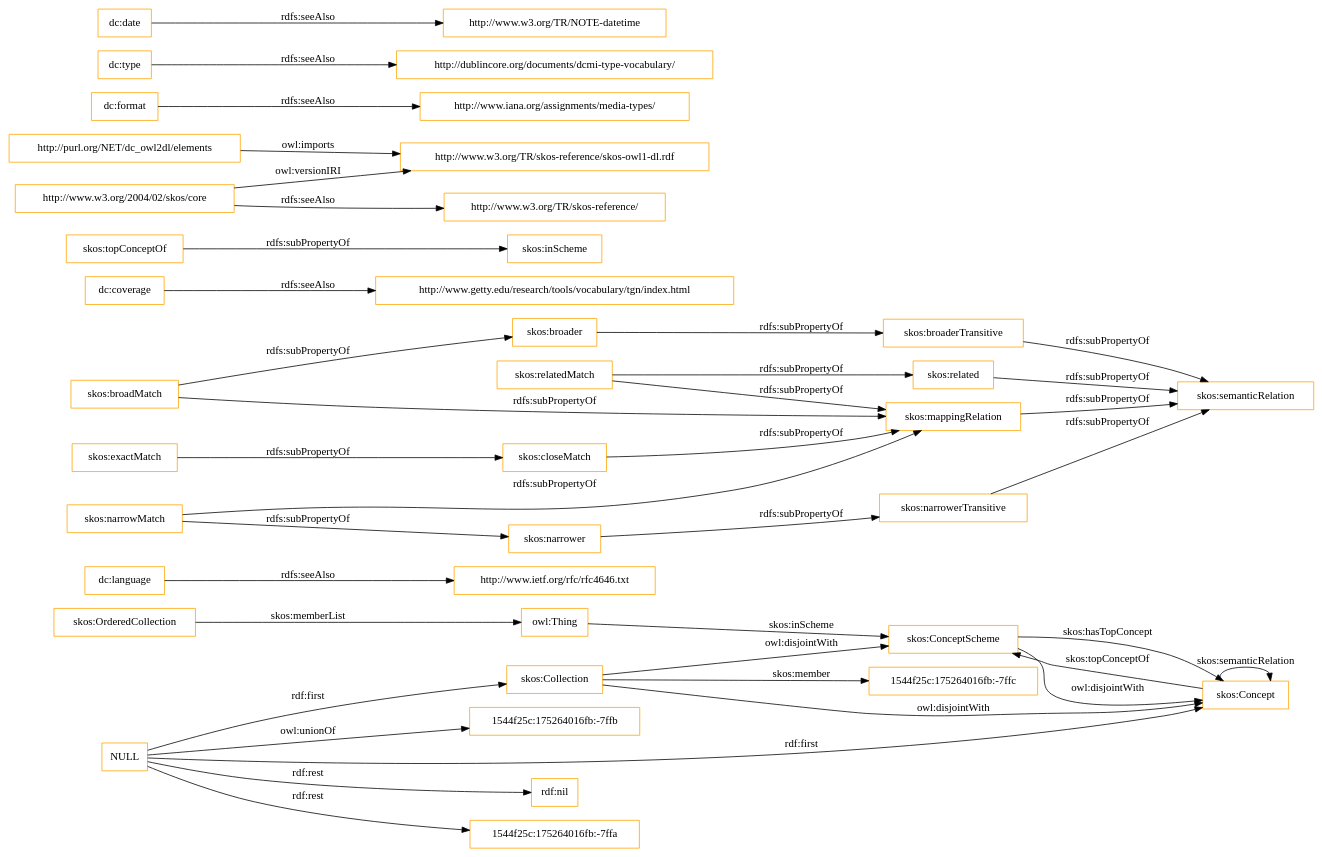
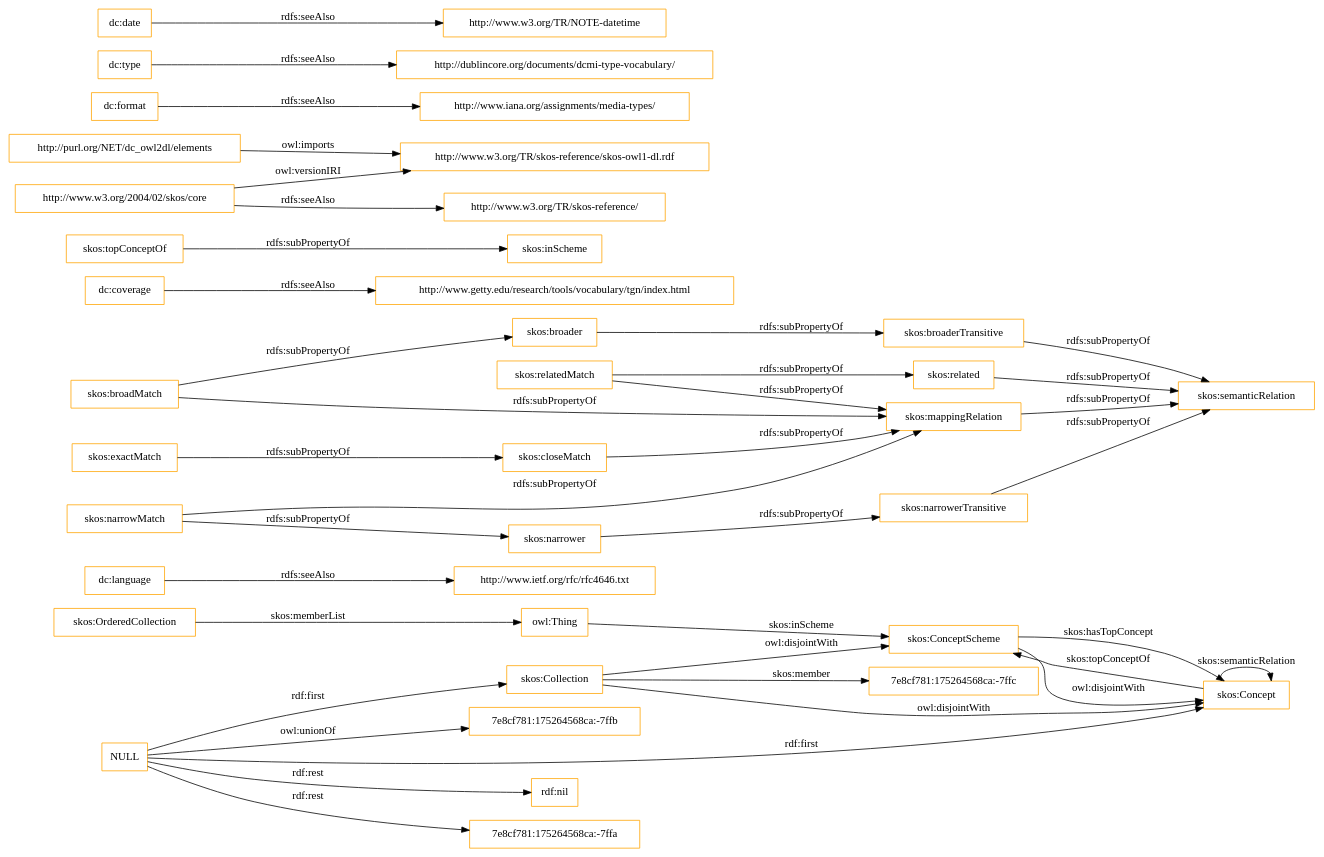
One commit to OnToologyUser/core-ontology-1 changed the diagram in OnToology/imports/elements.owl/diagrams/ar2dtool-class/elements.owl.png.dot. Above: the diagram before and after it, drawn with Graphviz. The commit also changed 14 other files, not shown here.

```diff
--- a/OnToology/imports/elements.owl/diagrams/ar2dtool-class/elements.owl.png.dot
+++ b/OnToology/imports/elements.owl/diagrams/ar2dtool-class/elements.owl.png.dot
@@ -1,43 +1,43 @@
 digraph ar2dtool_diagram { 
 rankdir=LR;
 size="1501"
-node [shape = rectangle, color="orange"]; "1544f25c:175264016fb:-7ffc" "skos:OrderedCollection" "skos:Collection" "skos:ConceptScheme" "skos:Concept" ; /*classes style*/
+node [shape = rectangle, color="orange"]; "7e8cf781:175264568ca:-7ffc" "skos:OrderedCollection" "skos:Collection" "skos:ConceptScheme" "skos:Concept" ; /*classes style*/
 	"dc:language" -> "http://www.ietf.org/rfc/rfc4646.txt" [ label = "rdfs:seeAlso" ];
 	"NULL" -> "rdf:nil" [ label = "rdf:rest" ];
 	"NULL" -> "skos:Collection" [ label = "rdf:first" ];
-	"NULL" -> "1544f25c:175264016fb:-7ffa" [ label = "rdf:rest" ];
+	"NULL" -> "7e8cf781:175264568ca:-7ffa" [ label = "rdf:rest" ];
 	"NULL" -> "skos:Concept" [ label = "rdf:first" ];
-	"NULL" -> "1544f25c:175264016fb:-7ffb" [ label = "owl:unionOf" ];
+	"NULL" -> "7e8cf781:175264568ca:-7ffb" [ label = "owl:unionOf" ];
 	"skos:closeMatch" -> "skos:mappingRelation" [ label = "rdfs:subPropertyOf" ];
 	"dc:coverage" -> "http://www.getty.edu/research/tools/vocabulary/tgn/index.html" [ label = "rdfs:seeAlso" ];
 	"skos:relatedMatch" -> "skos:related" [ label = "rdfs:subPropertyOf" ];
 	"skos:relatedMatch" -> "skos:mappingRelation" [ label = "rdfs:subPropertyOf" ];
 	"skos:ConceptScheme" -> "skos:Concept" [ label = "owl:disjointWith" ];
 	"skos:related" -> "skos:semanticRelation" [ label = "rdfs:subPropertyOf" ];
 	"skos:topConceptOf" -> "skos:inScheme" [ label = "rdfs:subPropertyOf" ];
 	"skos:broadMatch" -> "skos:broader" [ label = "rdfs:subPropertyOf" ];
 	"skos:broadMatch" -> "skos:mappingRelation" [ label = "rdfs:subPropertyOf" ];
 	"http://purl.org/NET/dc_owl2dl/elements" -> "http://www.w3.org/TR/skos-reference/skos-owl1-dl.rdf" [ label = "owl:imports" ];
 	"skos:exactMatch" -> "skos:closeMatch" [ label = "rdfs:subPropertyOf" ];
 	"dc:format" -> "http://www.iana.org/assignments/media-types/" [ label = "rdfs:seeAlso" ];
 	"skos:broaderTransitive" -> "skos:semanticRelation" [ label = "rdfs:subPropertyOf" ];
 	"dc:type" -> "http://dublincore.org/documents/dcmi-type-vocabulary/" [ label = "rdfs:seeAlso" ];
 	"skos:broader" -> "skos:broaderTransitive" [ label = "rdfs:subPropertyOf" ];
 	"skos:mappingRelation" -> "skos:semanticRelation" [ label = "rdfs:subPropertyOf" ];
 	"http://www.w3.org/2004/02/skos/core" -> "http://www.w3.org/TR/skos-reference/skos-owl1-dl.rdf" [ label = "owl:versionIRI" ];
 	"http://www.w3.org/2004/02/skos/core" -> "http://www.w3.org/TR/skos-reference/" [ label = "rdfs:seeAlso" ];
 	"skos:Collection" -> "skos:ConceptScheme" [ label = "owl:disjointWith" ];
 	"skos:Collection" -> "skos:Concept" [ label = "owl:disjointWith" ];
 	"skos:narrowMatch" -> "skos:narrower" [ label = "rdfs:subPropertyOf" ];
 	"skos:narrowMatch" -> "skos:mappingRelation" [ label = "rdfs:subPropertyOf" ];
 	"skos:narrower" -> "skos:narrowerTransitive" [ label = "rdfs:subPropertyOf" ];
 	"dc:date" -> "http://www.w3.org/TR/NOTE-datetime" [ label = "rdfs:seeAlso" ];
 	"skos:narrowerTransitive" -> "skos:semanticRelation" [ label = "rdfs:subPropertyOf" ];
 	"skos:OrderedCollection" -> "owl:Thing" [ label = "skos:memberList" ];
 	"skos:Concept" -> "skos:ConceptScheme" [ label = "skos:topConceptOf" ];
 	"skos:Concept" -> "skos:Concept" [ label = "skos:semanticRelation" ];
-	"skos:Collection" -> "1544f25c:175264016fb:-7ffc" [ label = "skos:member" ];
+	"skos:Collection" -> "7e8cf781:175264568ca:-7ffc" [ label = "skos:member" ];
 	"skos:ConceptScheme" -> "skos:Concept" [ label = "skos:hasTopConcept" ];
 	"owl:Thing" -> "skos:ConceptScheme" [ label = "skos:inScheme" ];
 
 }
```
